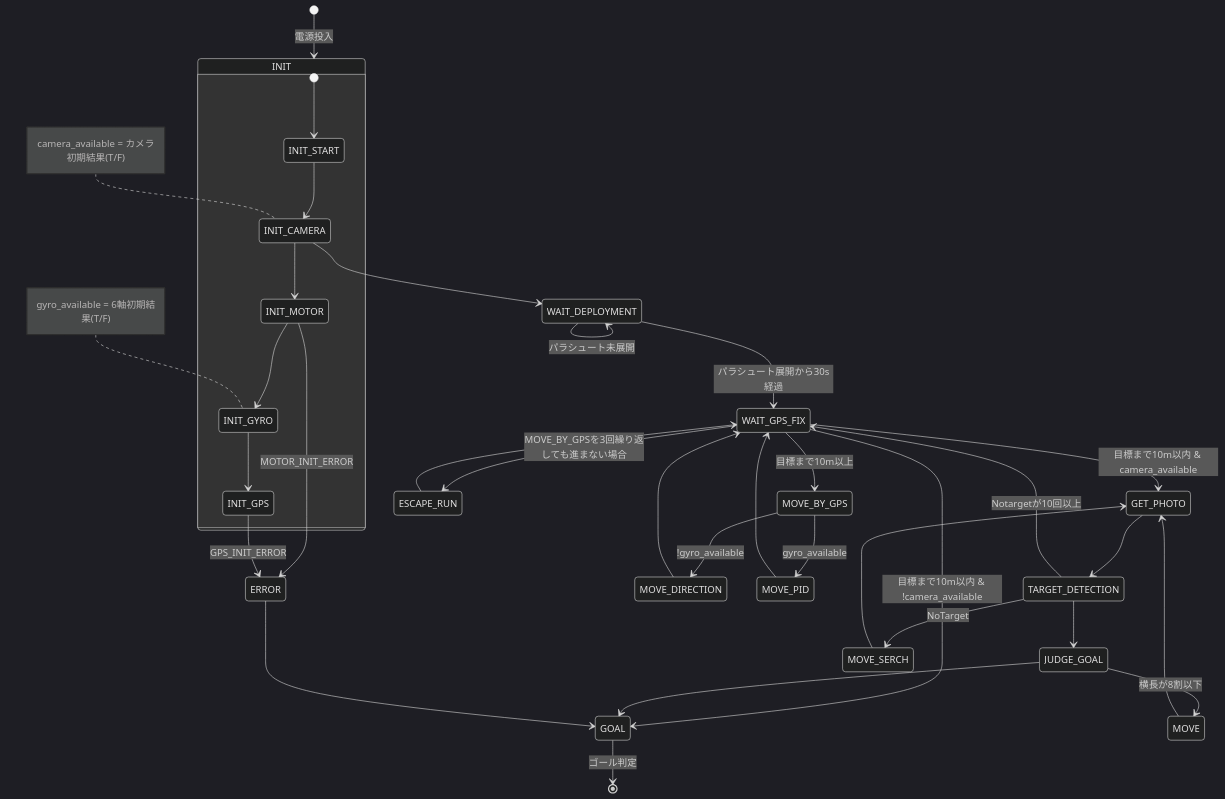
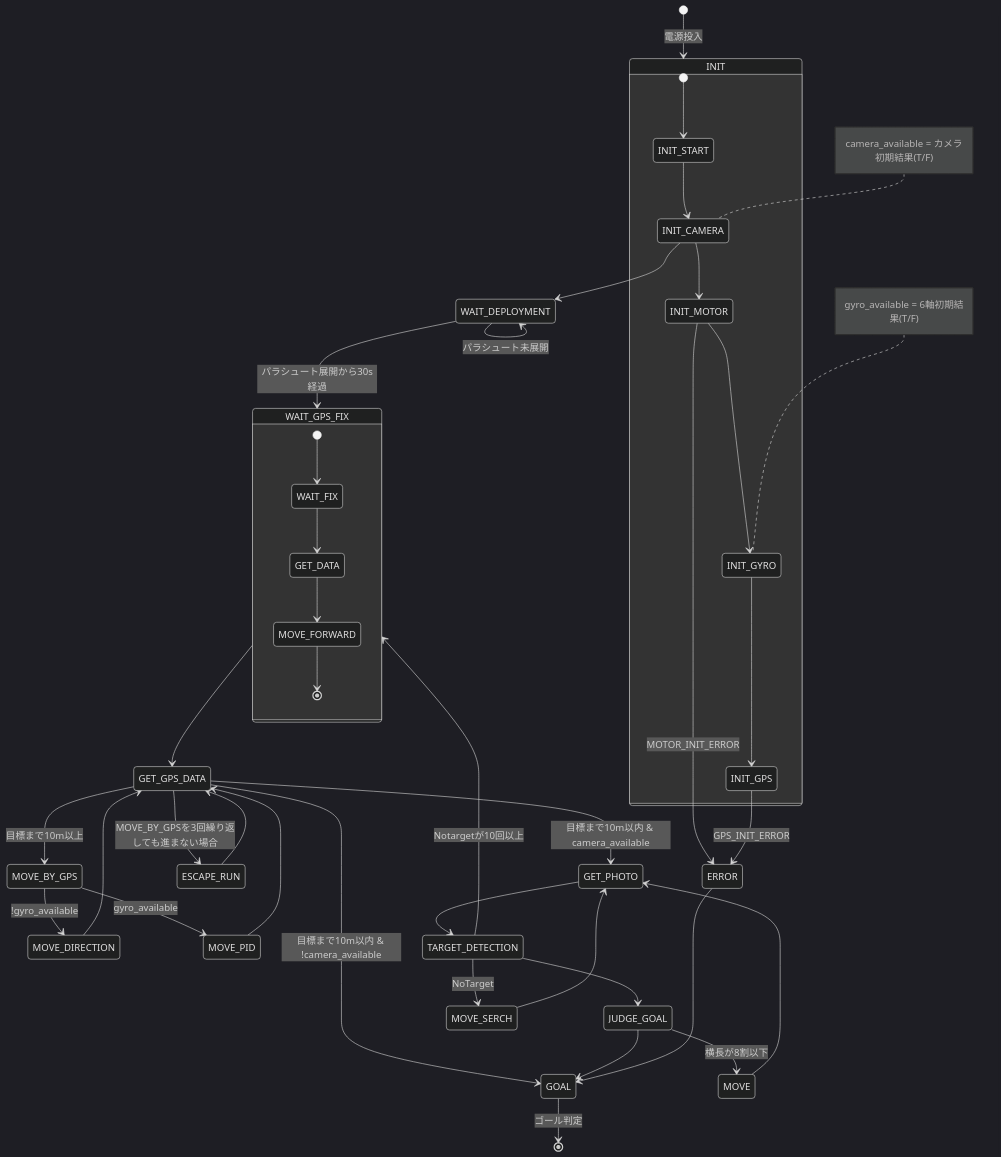
Before and after one commit to yuba-k/RocketContest2025: the diagram in manual/fsm.md, drawn with Mermaid (dark theme). The commit also changed 4 other files, not shown here.

````diff
--- a/manual/fsm.md
+++ b/manual/fsm.md
@@ -1,41 +1,48 @@
 ```mermaid
 stateDiagram-v2
     [*] --> INIT : 電源投入
     state INIT {
         [*] --> INIT_START
         INIT_START --> INIT_CAMERA
         note left of INIT_CAMERA
             camera_available = カメラ初期結果(T/F)
         end note
         INIT_CAMERA --> INIT_MOTOR
         INIT_MOTOR --> INIT_GYRO
         note left of INIT_GYRO
             gyro_available = 6軸初期結果(T/F)
         end note
         INIT_GYRO --> INIT_GPS
     }
     INIT_MOTOR --> ERROR : MOTOR_INIT_ERROR
     INIT_GPS --> ERROR : GPS_INIT_ERROR
     INIT_CAMERA --> WAIT_DEPLOYMENT
     WAIT_DEPLOYMENT --> WAIT_DEPLOYMENT : パラシュート未展開
     WAIT_DEPLOYMENT --> WAIT_GPS_FIX : パラシュート展開から30s経過
-    WAIT_GPS_FIX --> MOVE_BY_GPS : 目標まで10m以上
-    WAIT_GPS_FIX --> ESCAPE_RUN : MOVE_BY_GPSを3回繰り返しても進まない場合
-    ESCAPE_RUN --> WAIT_GPS_FIX
+    state WAIT_GPS_FIX {
+        [*] --> WAIT_FIX
+        WAIT_FIX --> GET_DATA
+        GET_DATA --> MOVE_FORWARD
+        MOVE_FORWARD --> [*]
+    }
+    WAIT_GPS_FIX --> GET_GPS_DATA
+    GET_GPS_DATA --> MOVE_BY_GPS : 目標まで10m以上
+    GET_GPS_DATA --> ESCAPE_RUN : MOVE_BY_GPSを3回繰り返しても進まない場合
+    ESCAPE_RUN --> GET_GPS_DATA
     MOVE_BY_GPS --> MOVE_DIRECTION : !gyro_available
     MOVE_BY_GPS --> MOVE_PID : gyro_available
-    MOVE_DIRECTION --> WAIT_GPS_FIX
-    MOVE_PID --> WAIT_GPS_FIX
-    WAIT_GPS_FIX --> GET_PHOTO : 目標まで10m以内 & camera_available
-    WAIT_GPS_FIX --> GOAL : 目標まで10m以内 & !camera_available
+    MOVE_DIRECTION --> GET_GPS_DATA
+    MOVE_PID --> GET_GPS_DATA
+    GET_GPS_DATA --> GET_PHOTO : 目標まで10m以内 & camera_available
+    GET_GPS_DATA --> GOAL : 目標まで10m以内 & !camera_available
     GET_PHOTO --> TARGET_DETECTION
     TARGET_DETECTION --> JUDGE_GOAL
     TARGET_DETECTION --> MOVE_SERCH : NoTarget
     MOVE_SERCH --> GET_PHOTO
     TARGET_DETECTION --> WAIT_GPS_FIX : Notargetが10回以上
     JUDGE_GOAL --> MOVE : 横長が8割以下
     MOVE --> GET_PHOTO
     JUDGE_GOAL --> GOAL
     GOAL --> [*] : ゴール判定
     ERROR --> GOAL
 ```
````
